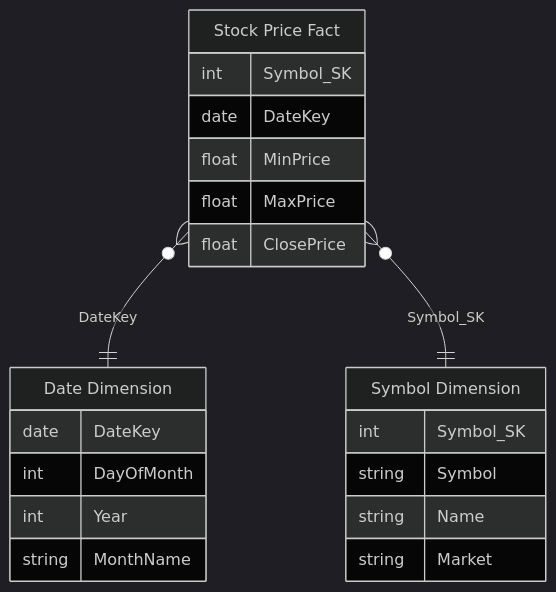
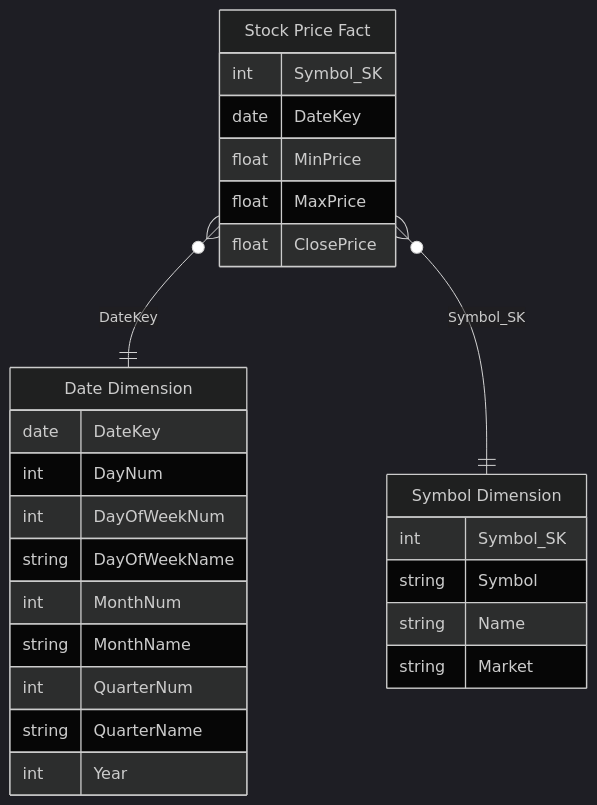
One commit to microsoft/fabricrealtimelab changed the diagram in modules/module05a.md. Above: the diagram before and after it, drawn with Mermaid (dark theme). The commit also changed 3 other files, not shown here.

````diff
--- a/modules/module05a.md
+++ b/modules/module05a.md
@@ -35,24 +35,29 @@
 ```mermaid
 erDiagram
     "Stock Price Fact" }o--|| "Date Dimension":DateKey
     "Stock Price Fact" {
         int Symbol_SK
         date DateKey
         float MinPrice
         float MaxPrice
         float ClosePrice
     }
     "Date Dimension" {
         date DateKey
-        int DayOfMonth
+        int DayNum
+        int DayOfWeekNum
+        string DayOfWeekName
+        int MonthNum
+        string MonthName
+        int QuarterNum
+        string QuarterName
         int Year
-        string MonthName
     }
     "Stock Price Fact" }o--|| "Symbol Dimension":Symbol_SK
     "Symbol Dimension" {
         int Symbol_SK
         string Symbol
         string Name
         string Market
     }
 ```
````
